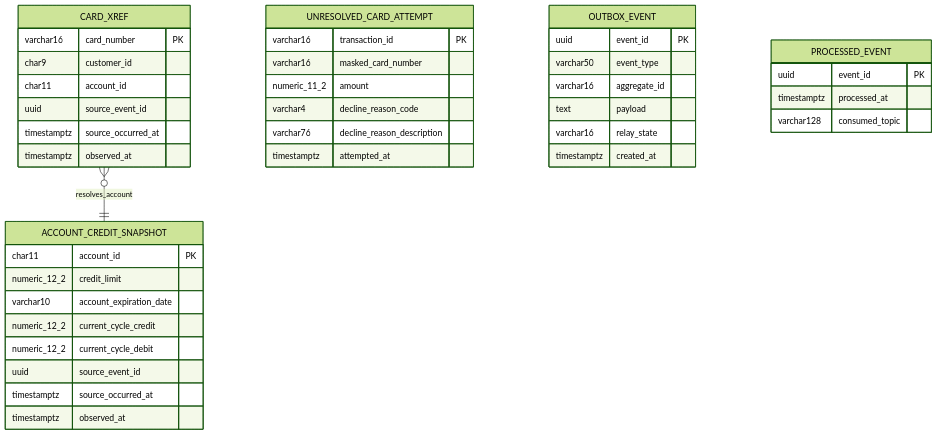
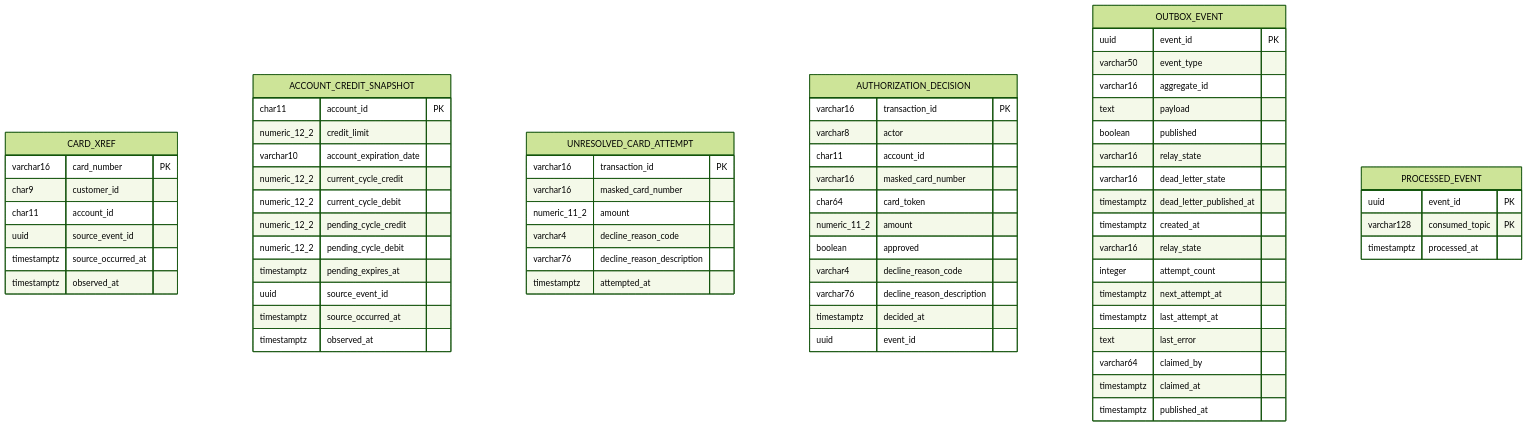
The first of 6 diagrams in card-platform/docs/data-model.md (blitzy-public-samples/aws-carddemo-blitzy), drawn with Mermaid (forest theme) before and after one commit. The commit also changed other lines of this file and 540 other files, not shown here.

````diff
--- a/card-platform/docs/data-model.md
+++ b/card-platform/docs/data-model.md
@@ -35,44 +35,69 @@
 ```mermaid
 erDiagram
     CARD_XREF {
         varchar16 card_number PK
         char9 customer_id
         char11 account_id
         uuid source_event_id
         timestamptz source_occurred_at
         timestamptz observed_at
     }
     ACCOUNT_CREDIT_SNAPSHOT {
         char11 account_id PK
         numeric_12_2 credit_limit
         varchar10 account_expiration_date
         numeric_12_2 current_cycle_credit
         numeric_12_2 current_cycle_debit
+        numeric_12_2 pending_cycle_credit
+        numeric_12_2 pending_cycle_debit
+        timestamptz pending_expires_at
         uuid source_event_id
         timestamptz source_occurred_at
         timestamptz observed_at
     }
     UNRESOLVED_CARD_ATTEMPT {
         varchar16 transaction_id PK
         varchar16 masked_card_number
         numeric_11_2 amount
         varchar4 decline_reason_code
         varchar76 decline_reason_description
         timestamptz attempted_at
     }
+    AUTHORIZATION_DECISION {
+        varchar16 transaction_id PK
+        varchar8 actor
+        char11 account_id
+        varchar16 masked_card_number
+        char64 card_token
+        numeric_11_2 amount
+        boolean approved
+        varchar4 decline_reason_code
+        varchar76 decline_reason_description
+        timestamptz decided_at
+        uuid event_id
+    }
     OUTBOX_EVENT {
         uuid event_id PK
         varchar50 event_type
         varchar16 aggregate_id
         text payload
+        boolean published
         varchar16 relay_state
+        varchar16 dead_letter_state
+        timestamptz dead_letter_published_at
         timestamptz created_at
+        varchar16 relay_state
+        integer attempt_count
+        timestamptz next_attempt_at
+        timestamptz last_attempt_at
+        text last_error
+        varchar64 claimed_by
+        timestamptz claimed_at
+        timestamptz published_at
     }
     PROCESSED_EVENT {
         uuid event_id PK
+        varchar128 consumed_topic PK
         timestamptz processed_at
-        varchar128 consumed_topic
     }
-
-    CARD_XREF }o--|| ACCOUNT_CREDIT_SNAPSHOT : resolves_account
 ```
````
